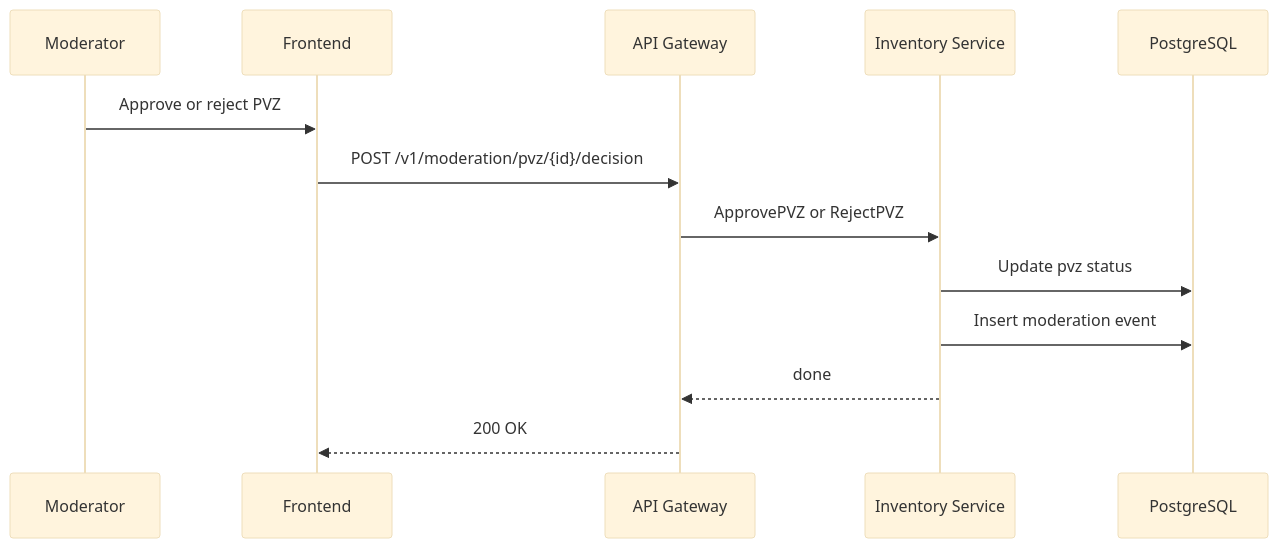
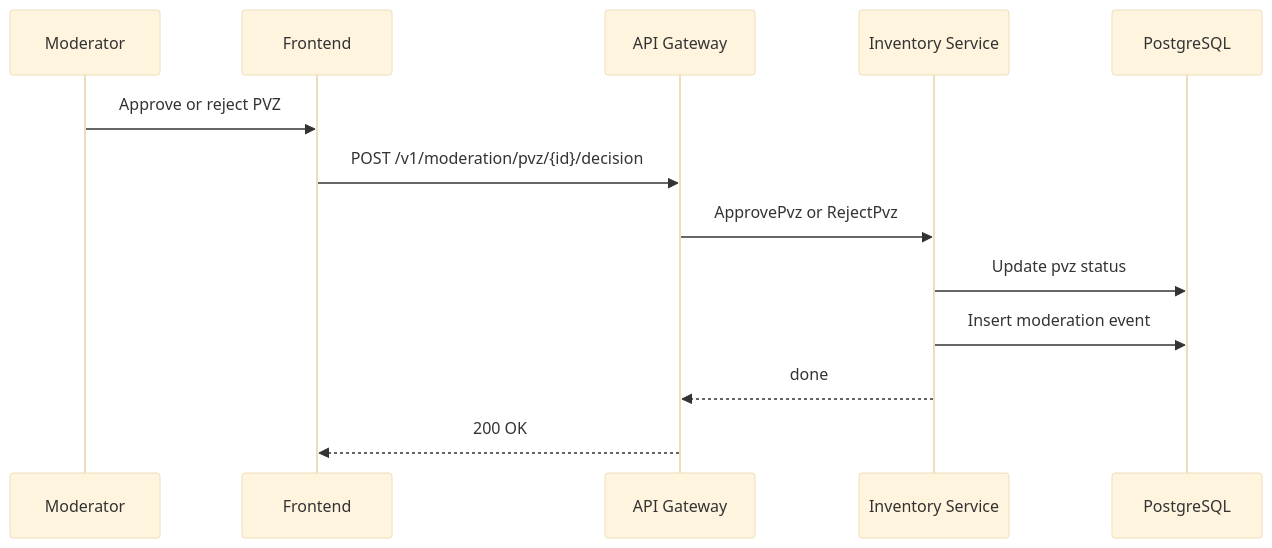
The sixth of 15 diagrams in docs/sequence-diagrams.md (tmcrypted/berusmenu), drawn with Mermaid (base theme) before and after one commit. The commit also changed other lines of this file and 91 other files, not shown here.

````diff
--- a/docs/sequence-diagrams.md
+++ b/docs/sequence-diagrams.md
@@ -130,16 +130,16 @@
 ```mermaid
 sequenceDiagram
     participant Mod as Moderator
     participant FE as Frontend
     participant GW as API Gateway
     participant INV as Inventory Service
     participant PG as PostgreSQL
 
     Mod->>FE: Approve or reject PVZ
     FE->>GW: POST /v1/moderation/pvz/{id}/decision
-    GW->>INV: ApprovePVZ or RejectPVZ
+    GW->>INV: ApprovePvz or RejectPvz
     INV->>PG: Update pvz status
     INV->>PG: Insert moderation event
     INV-->>GW: done
     GW-->>FE: 200 OK
 ```
````
